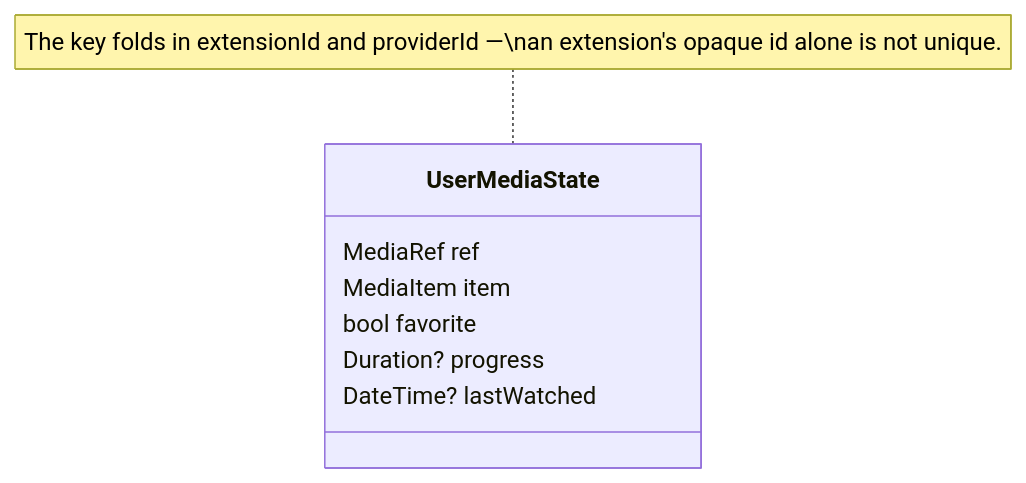
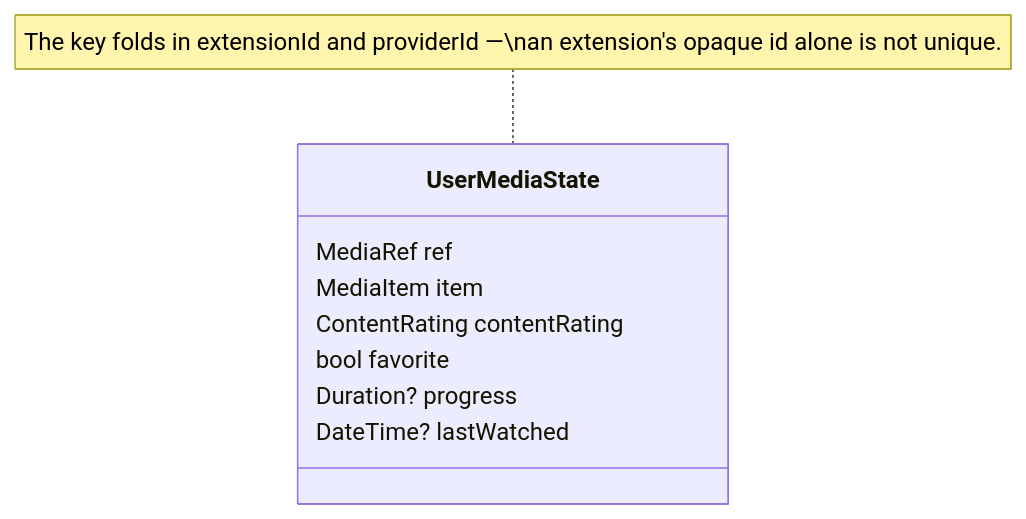
The third of 6 diagrams in docs/05-data-model.md (nimbusfvck/fvcksubs), drawn with Mermaid before and after one commit. The commit also changed other lines of this file and 15 other files, not shown here.

Commit message:
feat: implement content rating handling across media items and improve visibility filters

````diff
--- a/docs/05-data-model.md
+++ b/docs/05-data-model.md
@@ -131,11 +135,12 @@
 ```mermaid
 classDiagram
     class UserMediaState {
         MediaRef ref
         MediaItem item
+        ContentRating contentRating
         bool favorite
         Duration? progress
         DateTime? lastWatched
     }
     note for UserMediaState "The key folds in extensionId and providerId —\nan extension's opaque id alone is not unique."
 ```
````
